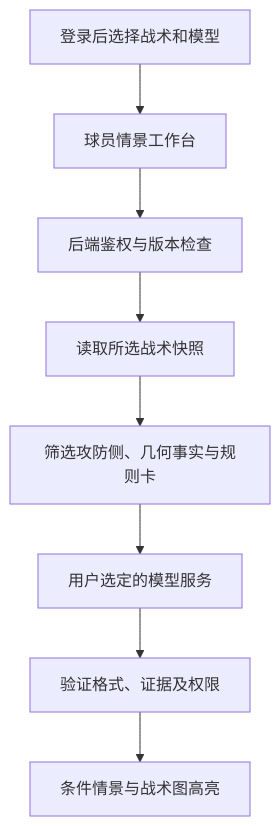
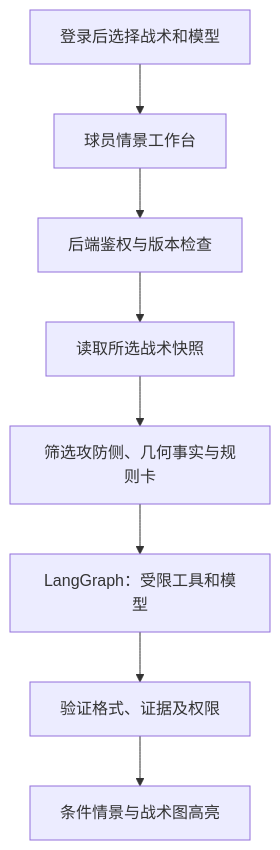
One commit to TIMPICKLE/playbook-studio-web changed the diagram in docs/AI_MATCHUP_IMPLEMENTATION.md. Above: the diagram before and after it, drawn with Mermaid. The commit also changed other lines of this file and 15 other files, not shown here.

````diff
--- a/docs/AI_MATCHUP_IMPLEMENTATION.md
+++ b/docs/AI_MATCHUP_IMPLEMENTATION.md
@@ -15,10 +15,10 @@
 ```mermaid
 flowchart TD
     User["登录后选择战术和模型"] --> UI["球员情景工作台"]
     UI --> API["后端鉴权与版本检查"]
     API --> Snapshot["读取所选战术快照"]
     Snapshot --> Facts["筛选攻防侧、几何事实与规则卡"]
-    Facts --> Model["用户选定的模型服务"]
-    Model --> Verify["验证格式、证据及权限"]
+    Facts --> Agent["LangGraph：受限工具和模型"]
+    Agent --> Verify["验证格式、证据及权限"]
     Verify --> Result["条件情景与战术图高亮"]
 ```
````
